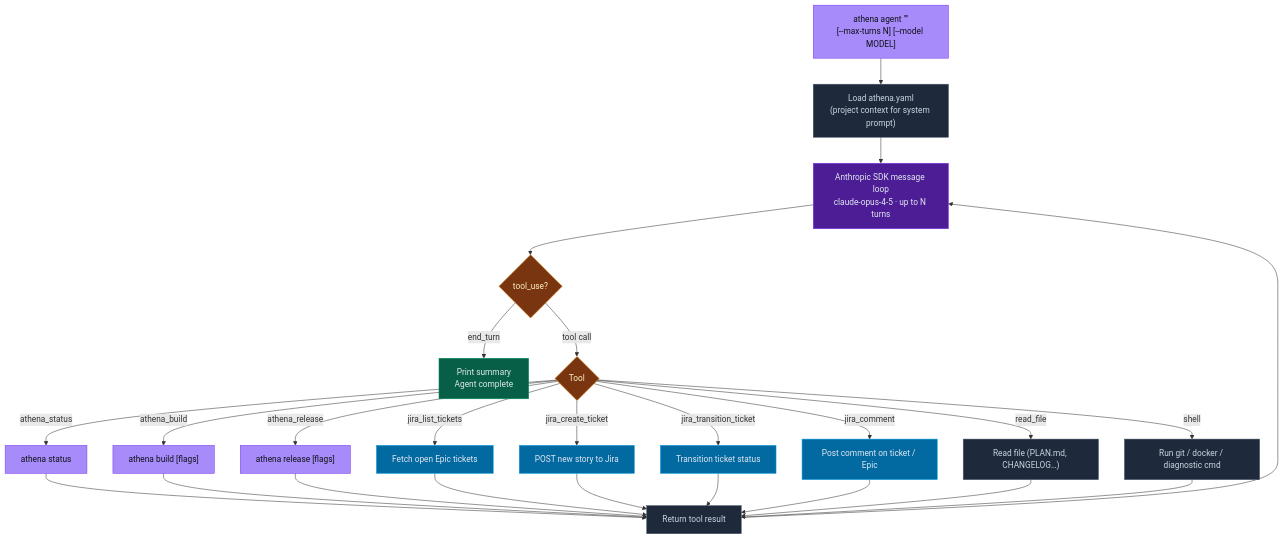
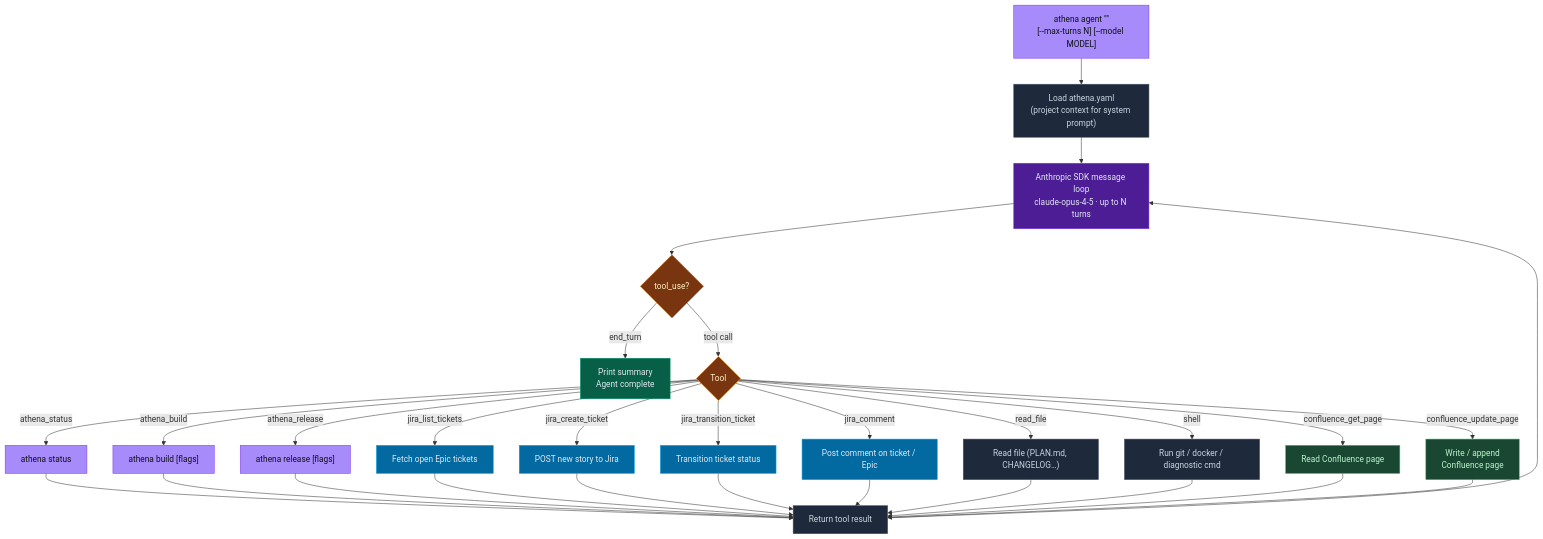
Before and after one commit to erosrage/Athena: the sixth of 7 diagrams in README.md, drawn with Mermaid. The commit also changed other lines of this file and 6 other files, not shown here.

````diff
--- a/README.md
+++ b/README.md
@@ -272,27 +268,30 @@
 ```mermaid
 flowchart TD
     A["athena agent &quot;<goal>&quot;\n[--max-turns N] [--model MODEL]"]:::entry
     A --> CTX["Load athena.yaml\n(project context for system prompt)"]:::action
     CTX --> LOOP["Anthropic SDK message loop\nclaude-opus-4-5 · up to N turns"]:::llm
     LOOP --> TC{"tool_use?"}:::decision
     TC -->|"end_turn"| DONE["Print summary\nAgent complete"]:::done
     TC -->|"tool call"| TOOLS{"Tool"}:::decision
     TOOLS -->|"athena_status"| T1["athena status"]:::cli
     TOOLS -->|"athena_build"| T2["athena build [flags]"]:::cli
     TOOLS -->|"athena_release"| T3["athena release [flags]"]:::cli
     TOOLS -->|"jira_list_tickets"| T4["Fetch open Epic tickets"]:::jira
     TOOLS -->|"jira_create_ticket"| T5["POST new story to Jira"]:::jira
     TOOLS -->|"jira_transition_ticket"| T6["Transition ticket status"]:::jira
     TOOLS -->|"jira_comment"| T7["Post comment on ticket / Epic"]:::jira
     TOOLS -->|"read_file"| T8["Read file (PLAN.md, CHANGELOG…)"]:::action
     TOOLS -->|"shell"| T9["Run git / docker / diagnostic cmd"]:::action
-    T1 & T2 & T3 & T4 & T5 & T6 & T7 & T8 & T9 --> RES["Return tool result"]:::action
+    TOOLS -->|"confluence_get_page"| T10["Read Confluence page"]:::wiki
+    TOOLS -->|"confluence_update_page"| T11["Write / append\nConfluence page"]:::wiki
+    T1 & T2 & T3 & T4 & T5 & T6 & T7 & T8 & T9 & T10 & T11 --> RES["Return tool result"]:::action
     RES --> LOOP
     classDef entry fill:#a78bfa,stroke:#7c3aed,color:#0f1117
     classDef action fill:#1e293b,stroke:#475569,color:#cbd5e1
     classDef decision fill:#78350f,stroke:#d97706,color:#fef3c7
     classDef llm fill:#4c1d95,stroke:#7c3aed,color:#e2e8f0
     classDef cli fill:#a78bfa,stroke:#7c3aed,color:#0f1117
     classDef jira fill:#0369a1,stroke:#0ea5e9,color:#e2e8f0
     classDef done fill:#065f46,stroke:#059669,color:#e2e8f0
+    classDef wiki fill:#1a4731,stroke:#22c55e,color:#bbf7d0
 ```
````
